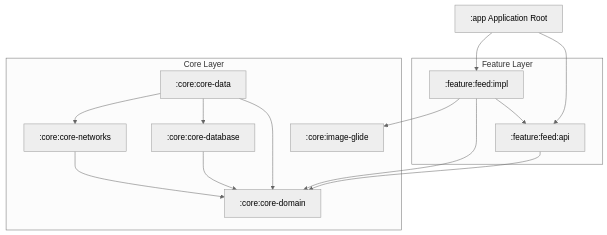
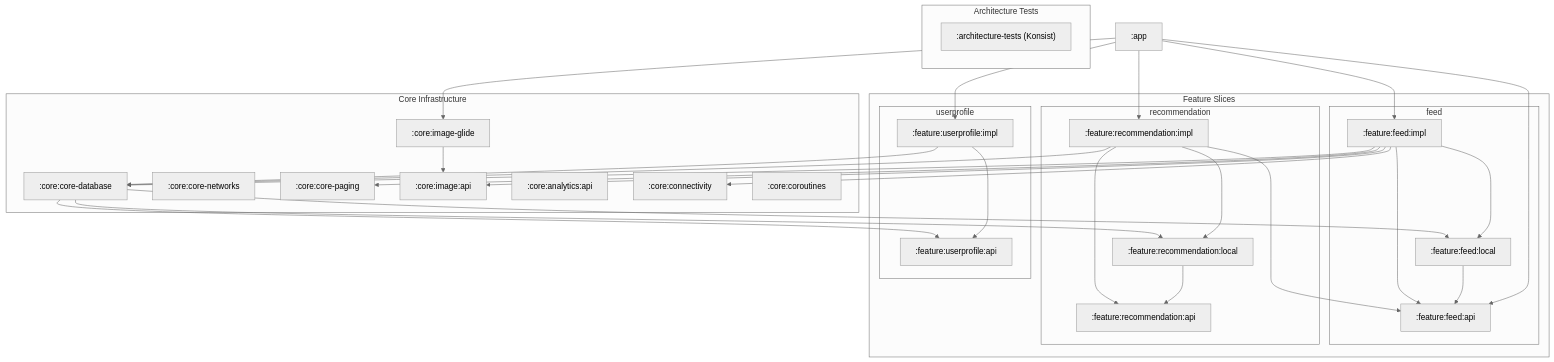
The first of 2 diagrams in docs/architecture.md (nikkiw/smart-feed), drawn with Mermaid (neutral theme) before and after one commit. The commit also changed other lines of this file and 22 other files, not shown here.

First line of the commit message:
refactor: move core helpers into common module

````diff
--- a/docs/architecture.md
+++ b/docs/architecture.md
@@ -11,37 +21,65 @@
 ```mermaid
 graph TD
-    %% Presentation / Feature Layer
-    subgraph Feature Layer
-        FeedApi[":feature:feed:api"]
-        FeedImpl[":feature:feed:impl"]
+    App[":app"]
+
+    subgraph arch ["Architecture Tests"]
+        ArchTests[":architecture-tests (Konsist)"]
     end
 
-    %% Application Module
-    App[":app Application Root"]
+    subgraph features ["Feature Slices"]
+        subgraph feed ["feed"]
+            FeedApi[":feature:feed:api"]
+            FeedLocal[":feature:feed:local"]
+            FeedImpl[":feature:feed:impl"]
+        end
+        subgraph rec ["recommendation"]
+            RecApi[":feature:recommendation:api"]
+            RecLocal[":feature:recommendation:local"]
+            RecImpl[":feature:recommendation:impl"]
+        end
+        subgraph user ["userprofile"]
+            UserApi[":feature:userprofile:api"]
+            UserImpl[":feature:userprofile:impl"]
+        end
+    end
 
-    %% Core Layer
-    subgraph Core Layer
-        CoreDomain[":core:core-domain"]
-        CoreData[":core:core-data"]
+    subgraph core ["Core Infrastructure"]
         CoreDB[":core:core-database"]
         CoreNet[":core:core-networks"]
-        CoreGlide[":core:image-glide"]
+        CorePaging[":core:core-paging"]
+        ImageApi[":core:image:api"]
+        ImageGlide[":core:image-glide"]
+        Analytics[":core:analytics:api"]
+        Connectivity[":core:connectivity"]
+        Coroutines[":core:coroutines"]
     end
 
-    %% Dependency Directions
     App --> FeedApi
     App --> FeedImpl
-    
+    App --> RecImpl
+    App --> UserImpl
+
+    FeedLocal --> FeedApi
     FeedImpl --> FeedApi
-    FeedImpl --> CoreDomain
-    FeedImpl --> CoreGlide
-    
-    FeedApi --> CoreDomain
-    
-    CoreData --> CoreDomain
-    CoreData --> CoreDB
-    CoreData --> CoreNet
-    
-    CoreDB --> CoreDomain
-    CoreNet --> CoreDomain
+    FeedImpl --> FeedLocal
+    FeedImpl --> CoreDB
+    FeedImpl --> CorePaging
+    FeedImpl --> ImageApi
+    FeedImpl --> Connectivity
+
+    RecLocal --> RecApi
+    RecImpl --> RecApi
+    RecImpl --> RecLocal
+    RecImpl --> FeedApi
+    RecImpl --> CoreDB
+
+    UserImpl --> UserApi
+    UserImpl --> CoreDB
+
+    CoreDB --> FeedLocal
+    CoreDB --> RecLocal
+    CoreDB --> UserApi
+
+    ImageGlide --> ImageApi
+    App --> ImageGlide
 ```
````
